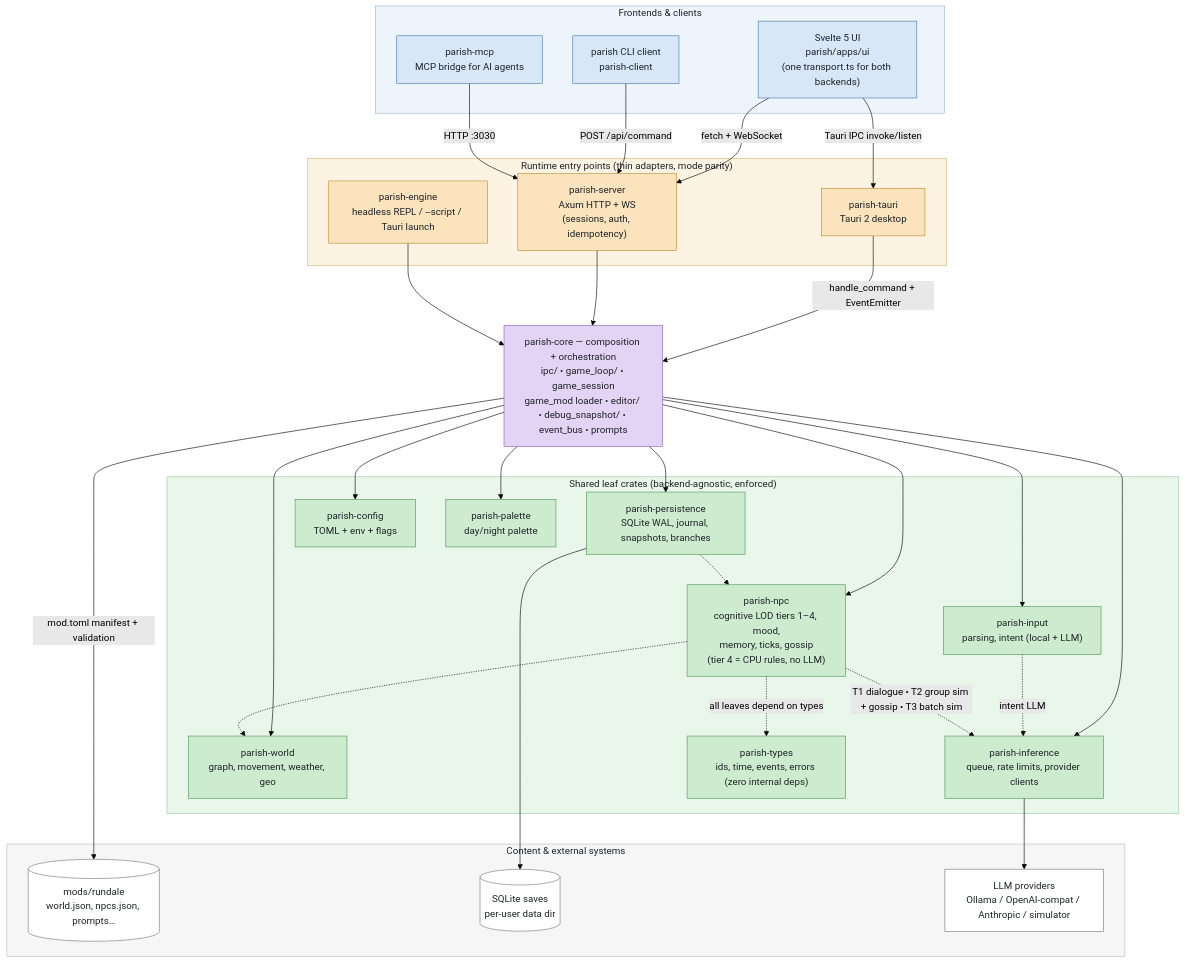
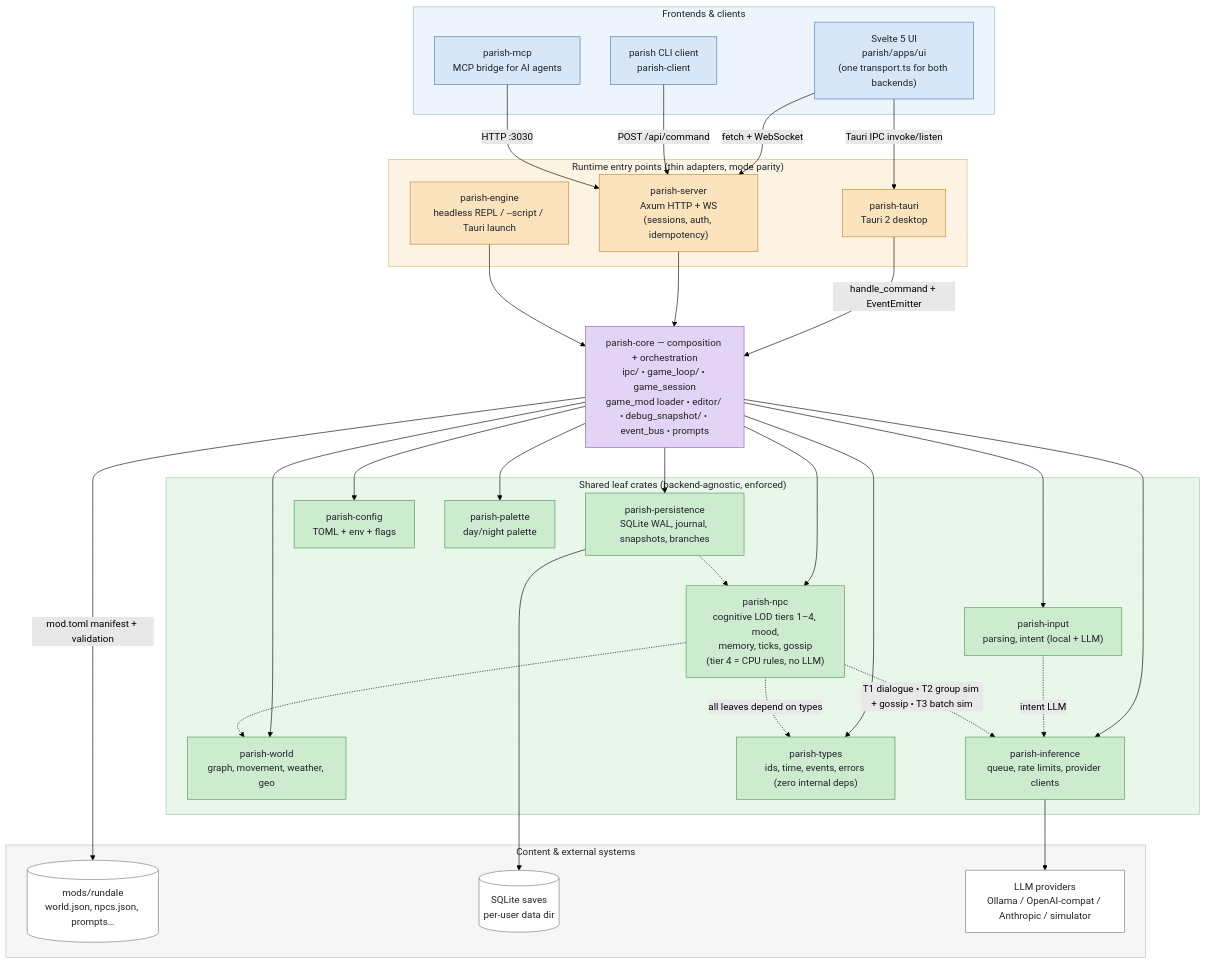
The second of 2 diagrams in README.md (dmooney/Rundale), drawn with Mermaid (forest theme) before and after one commit.

Commit message:
docs(readme): include parish-types in parish-core's leaf-crate fan-out
parish-core depends on parish-types directly (Cargo.toml:10); the
diagram claimed eight leaf crates but only drew seven edges.

https://claude.ai/code/session_01P6wu9r8MoYurFFP8xzmMGQ

````diff
--- a/README.md
+++ b/README.md
@@ -286,68 +286,68 @@
 ```mermaid
 flowchart TB
     subgraph clients["Frontends & clients"]
         UI["Svelte 5 UI<br/>parish/apps/ui<br/>(one transport.ts for both backends)"]
         CLI["parish CLI client<br/>parish-client"]
         MCP["parish-mcp<br/>MCP bridge for AI agents"]
     end
 
     subgraph entry["Runtime entry points (thin adapters, mode parity)"]
         TAURI["parish-tauri<br/>Tauri 2 desktop"]
         SERVER["parish-server<br/>Axum HTTP + WS<br/>(sessions, auth, idempotency)"]
         ENGINE["parish-engine<br/>headless REPL / --script / Tauri launch"]
     end
 
     CORE["parish-core — composition + orchestration<br/>ipc/ • game_loop/ • game_session<br/>game_mod loader • editor/ • debug_snapshot/ • event_bus • prompts"]
 
     subgraph leaf["Shared leaf crates (backend-agnostic, enforced)"]
         WORLD["parish-world<br/>graph, movement, weather, geo"]
         NPC["parish-npc<br/>cognitive LOD tiers 1–4, mood,<br/>memory, ticks, gossip<br/>(tier 4 = CPU rules, no LLM)"]
         INPUT["parish-input<br/>parsing, intent (local + LLM)"]
         INFER["parish-inference<br/>queue, rate limits, provider clients"]
         PERSIST["parish-persistence<br/>SQLite WAL, journal, snapshots, branches"]
         CONFIG["parish-config<br/>TOML + env + flags"]
         PALETTE["parish-palette<br/>day/night palette"]
         TYPES["parish-types<br/>ids, time, events, errors (zero internal deps)"]
     end
 
     subgraph external["Content & external systems"]
         MODS[("mods/rundale<br/>world.json, npcs.json, prompts…")]
         DB[("SQLite saves<br/>per-user data dir")]
         LLM["LLM providers<br/>Ollama / OpenAI-compat / Anthropic / simulator"]
     end
 
     UI -- "Tauri IPC invoke/listen" --> TAURI
     UI -- "fetch + WebSocket" --> SERVER
     CLI -- "POST /api/command" --> SERVER
     MCP -- "HTTP :3030" --> SERVER
 
     TAURI -- "handle_command + EventEmitter" --> CORE
     SERVER --> CORE
     ENGINE --> CORE
 
-    CORE --> WORLD & NPC & INPUT & INFER & PERSIST & CONFIG & PALETTE
+    CORE --> WORLD & NPC & INPUT & INFER & PERSIST & CONFIG & PALETTE & TYPES
     INPUT -. "intent LLM" .-> INFER
     NPC -. "T1 dialogue • T2 group sim + gossip • T3 batch sim" .-> INFER
     NPC -.-> WORLD
     PERSIST -.-> NPC
     NPC -. "all leaves depend on types" .-> TYPES
 
     CORE -- "mod.toml manifest + validation" --> MODS
     PERSIST --> DB
     INFER --> LLM
 
     classDef clientNode fill:#d7e7f7,stroke:#4a7aab,color:#1f2328
     classDef entryNode fill:#fae3bd,stroke:#c08a2e,color:#1f2328
     classDef coreNode fill:#e3d3f4,stroke:#8a5fb8,color:#1f2328
     classDef leafNode fill:#cdeccf,stroke:#4f9457,color:#1f2328
     classDef extNode fill:#ffffff,stroke:#777777,color:#1f2328
     class UI,CLI,MCP clientNode
     class TAURI,SERVER,ENGINE entryNode
     class CORE coreNode
     class WORLD,NPC,INPUT,INFER,PERSIST,CONFIG,PALETTE,TYPES leafNode
     class MODS,DB,LLM extNode
     style clients fill:#eef4fb,stroke:#9db8d4,color:#1f2328
     style entry fill:#fdf3e3,stroke:#d8b873,color:#1f2328
     style leaf fill:#e9f6ea,stroke:#9ccca0,color:#1f2328
     style external fill:#f6f6f6,stroke:#bbbbbb,color:#1f2328
 ```
````
